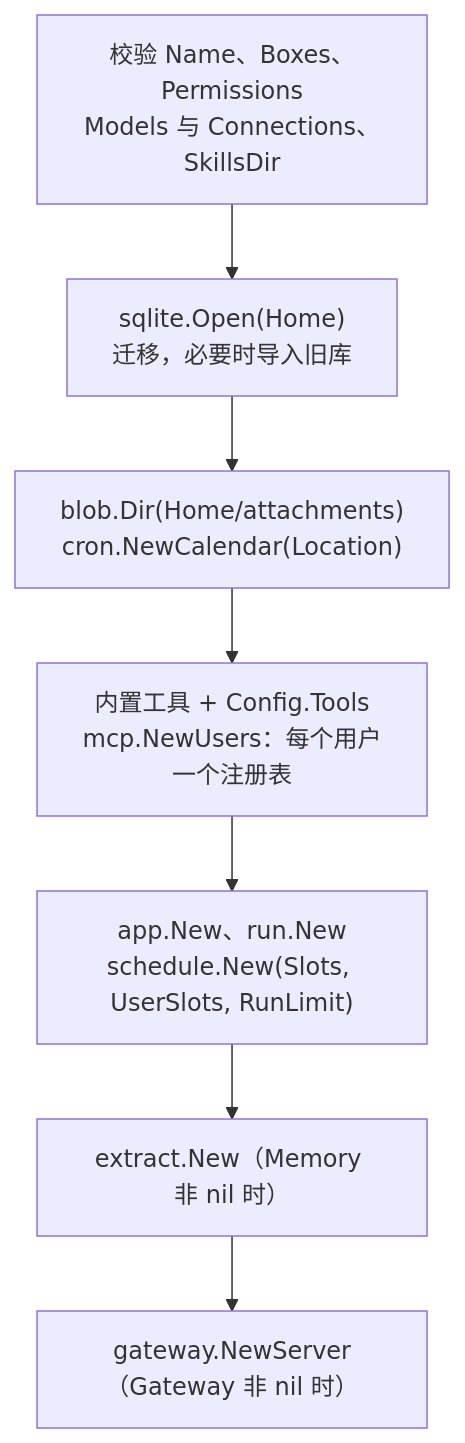
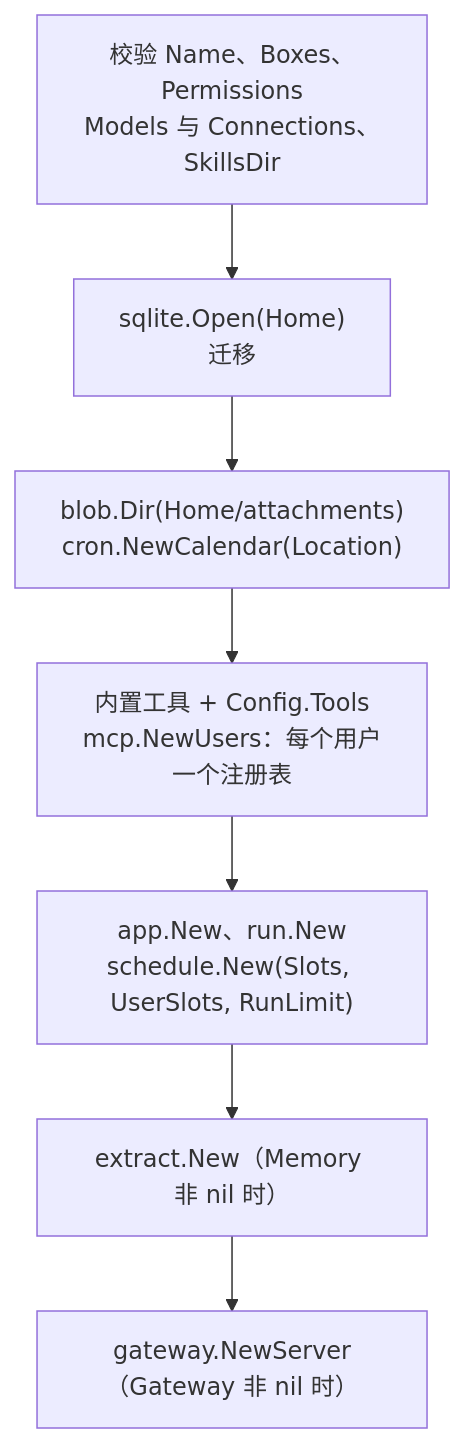
One commit to 0xfakeSpike/ollupi-docs changed the diagram in docs/zh/integrate/embed.md. Above: the diagram before and after it, drawn with Mermaid. The commit also changed other lines of this file and 35 other files, not shown here.

````diff
--- a/docs/zh/integrate/embed.md
+++ b/docs/zh/integrate/embed.md
@@ -17,9 +17,9 @@
 ```mermaid
 flowchart TD
-  A["校验 Name、Boxes、Permissions<br/>Models 与 Connections、SkillsDir"] --> B["sqlite.Open(Home)<br/>迁移，必要时导入旧库"]
+  A["校验 Name、Boxes、Permissions<br/>Models 与 Connections、SkillsDir"] --> B["sqlite.Open(Home)<br/>迁移"]
   B --> C["blob.Dir(Home/attachments)<br/>cron.NewCalendar(Location)"]
   C --> D["内置工具 + Config.Tools<br/>mcp.NewUsers：每个用户一个注册表"]
   D --> E["app.New、run.New<br/>schedule.New(Slots, UserSlots, RunLimit)"]
   E --> F["extract.New（Memory 非 nil 时）"]
   F --> G["gateway.NewServer（Gateway 非 nil 时）"]
 ```
````
